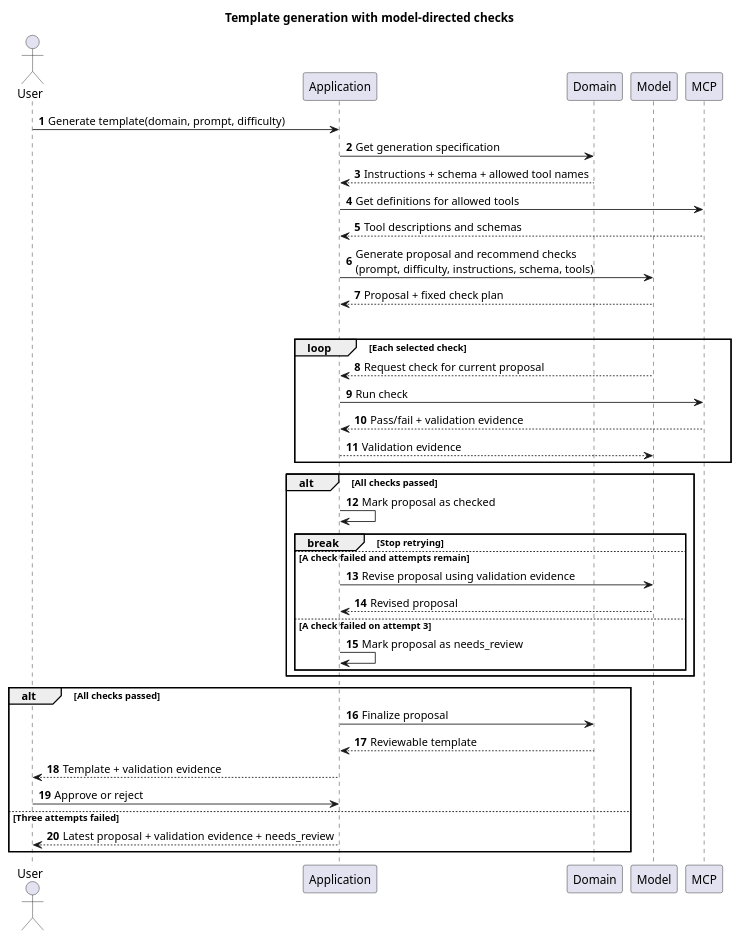
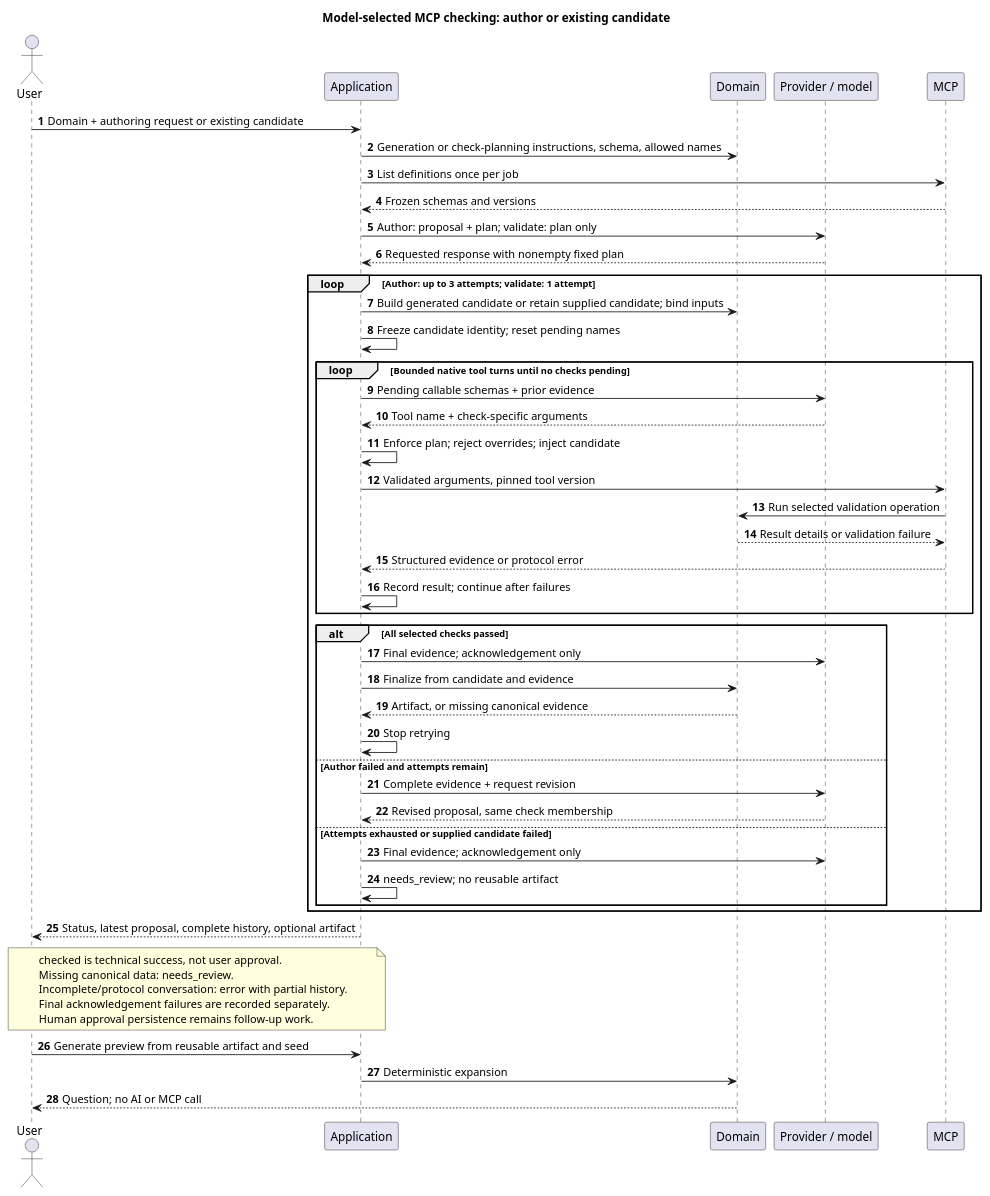
One commit to edcraft-org/ai changed the diagram in docs/question-generation/generate-template.puml. Above: the diagram before and after it, drawn with PlantUML. The commit also changed 50 other files, not shown here.

First line of the commit message:
feat: replace validation pipeline with model-directed MCP checks (#64)

```diff
--- a/docs/question-generation/generate-template.puml
+++ b/docs/question-generation/generate-template.puml
@@ -1,48 +1,52 @@
 @startuml TemplateGeneration
-title Template generation with model-directed checks
+title Model-selected MCP checking: author or existing candidate
 autonumber
-
 actor User
 participant Application as App
 participant Domain
-participant Model
+participant "Provider / model" as Model
 participant MCP
-
-User -> App: Generate template(domain, prompt, difficulty)
-App -> Domain: Get generation specification
-Domain --> App: Instructions + schema + allowed tool names
-
-App -> MCP: Get definitions for allowed tools
-MCP --> App: Tool descriptions and schemas
-App -> Model: Generate proposal and recommend checks\n(prompt, difficulty, instructions, schema, tools)
-Model --> App: Proposal + fixed check plan
-
-loop Run checks (maximum 3 attempts)
-    loop Each selected check
-        Model --> App: Request check for current proposal
-        App -> MCP: Run check
-        MCP --> App: Pass/fail + validation evidence
-        App --> Model: Validation evidence
+User -> App: Domain + authoring request or existing candidate
+App -> Domain: Generation or check-planning instructions, schema, allowed names
+App -> MCP: List definitions once per job
+MCP --> App: Frozen schemas and versions
+App -> Model: Author: proposal + plan; validate: plan only
+Model --> App: Requested response with nonempty fixed plan
+loop Author: up to 3 attempts; validate: 1 attempt
+    App -> Domain: Build generated candidate or retain supplied candidate; bind inputs
+    App -> App: Freeze candidate identity; reset pending names
+    loop Bounded native tool turns until no checks pending
+        App -> Model: Pending callable schemas + prior evidence
+        Model --> App: Tool name + check-specific arguments
+        App -> App: Enforce plan; reject overrides; inject candidate
+        App -> MCP: Validated arguments, pinned tool version
+        MCP -> Domain: Run selected validation operation
+        Domain --> MCP: Result details or validation failure
+        MCP --> App: Structured evidence or protocol error
+        App -> App: Record result; continue after failures
     end
-
-    alt All checks passed
-        App -> App: Mark proposal as checked
-        break Stop retrying
-    else A check failed and attempts remain
-        App -> Model: Revise proposal using validation evidence
-        Model --> App: Revised proposal
-    else A check failed on attempt 3
-        App -> App: Mark proposal as needs_review
+    alt All selected checks passed
+        App -> Model: Final evidence; acknowledgement only
+        App -> Domain: Finalize from candidate and evidence
+        Domain --> App: Artifact, or missing canonical evidence
+        App -> App: Stop retrying
+    else Author failed and attempts remain
+        App -> Model: Complete evidence + request revision
+        Model --> App: Revised proposal, same check membership
+    else Attempts exhausted or supplied candidate failed
+        App -> Model: Final evidence; acknowledgement only
+        App -> App: needs_review; no reusable artifact
     end
 end
-
-alt All checks passed
-    App -> Domain: Finalize proposal
-    Domain --> App: Reviewable template
-    App --> User: Template + validation evidence
-    User -> App: Approve or reject
-else Three attempts failed
-    App --> User: Latest proposal + validation evidence + needs_review
-end
-
+App --> User: Status, latest proposal, complete history, optional artifact
+note over App, User
+checked is technical success, not user approval.
+Missing canonical data: needs_review.
+Incomplete/protocol conversation: error with partial history.
+Final acknowledgement failures are recorded separately.
+Human approval persistence remains follow-up work.
+end note
+User -> App: Generate preview from reusable artifact and seed
+App -> Domain: Deterministic expansion
+Domain --> User: Question; no AI or MCP call
 @enduml
```
